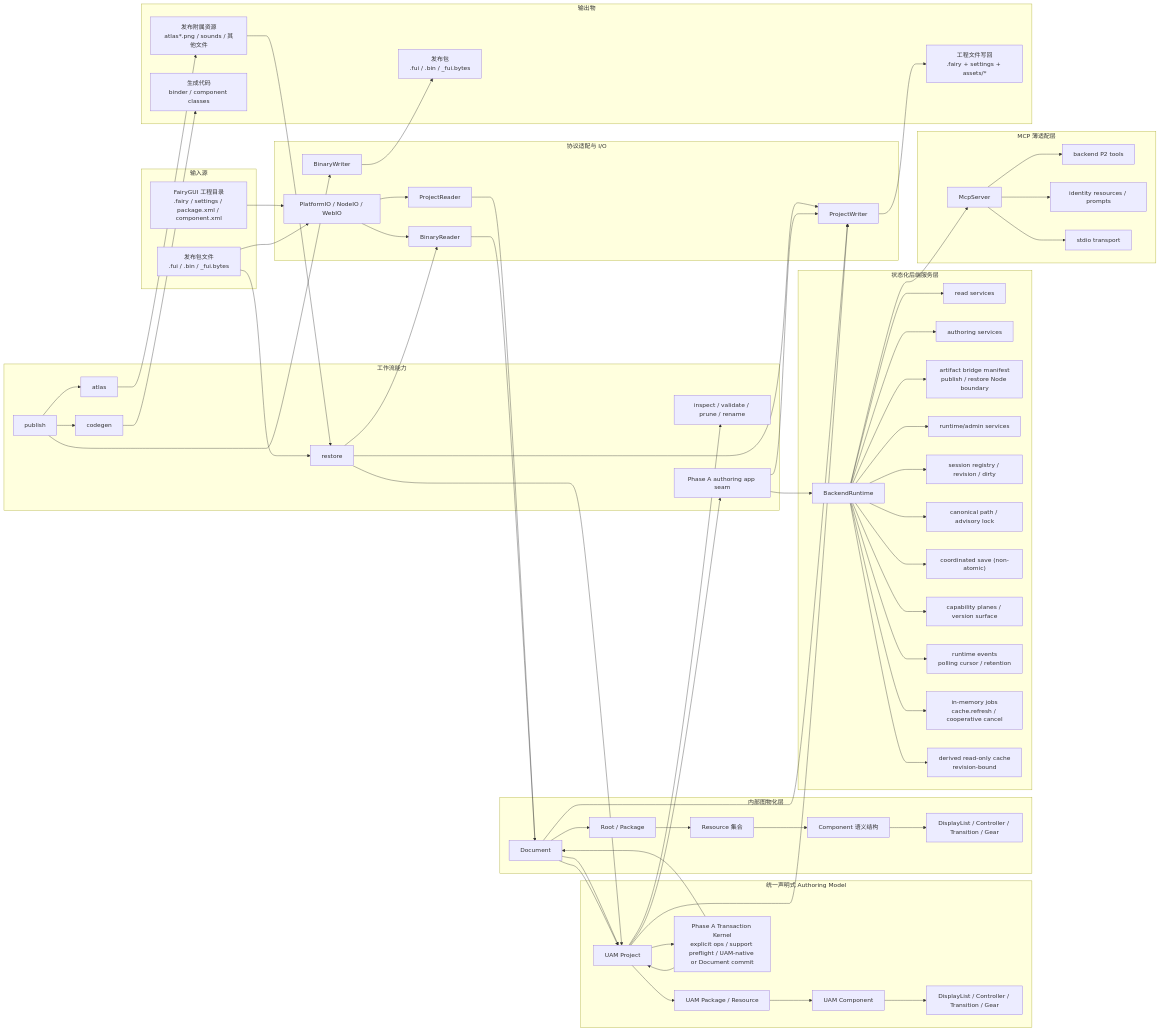
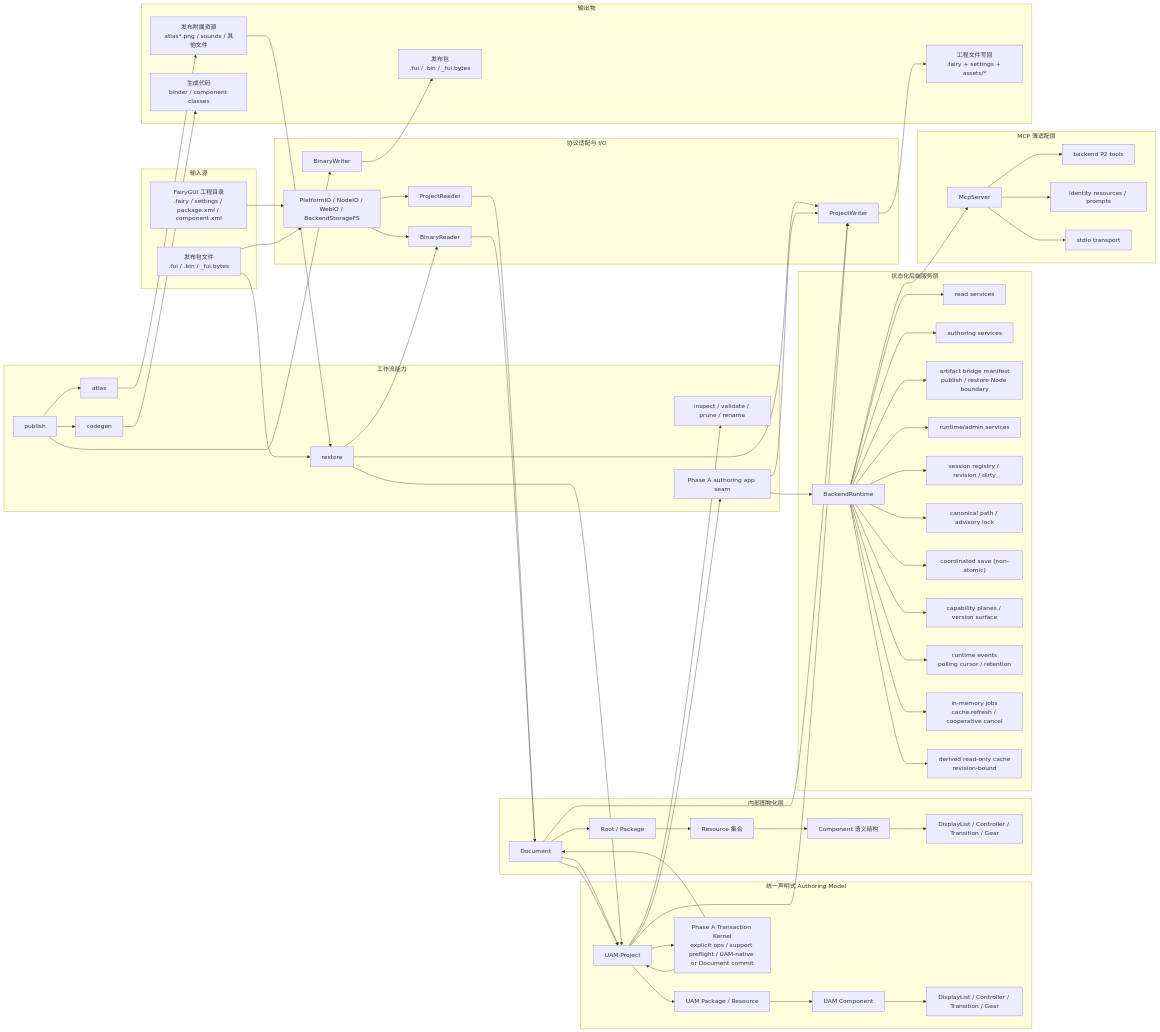
One commit to OpenFairyGUI/OpenFairyGUI changed the first of 2 diagrams in docs/architecture-overview.md. Above: the diagram before and after it, drawn with Mermaid. The commit also changed other lines of this file and 12 other files, not shown here.

```diff
--- a/docs/architecture-overview.md
+++ b/docs/architecture-overview.md
@@ -17,7 +17,7 @@
     end
 
     subgraph IO["协议适配与 I/O"]
-        FS["PlatformIO / NodeIO / WebIO"]
+        FS["PlatformIO / NodeIO / WebIO / BackendStorageFS"]
         PR["ProjectReader"]
         BR["BinaryReader"]
         PW["ProjectWriter"]
```
